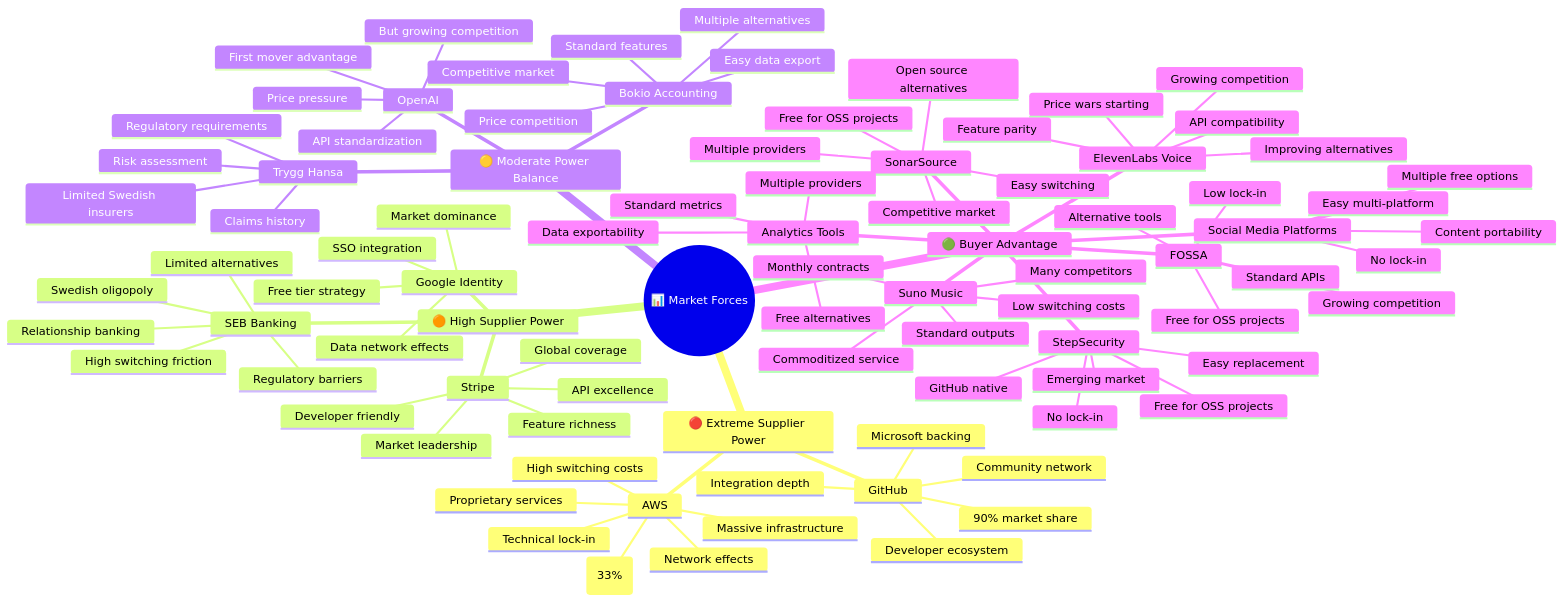
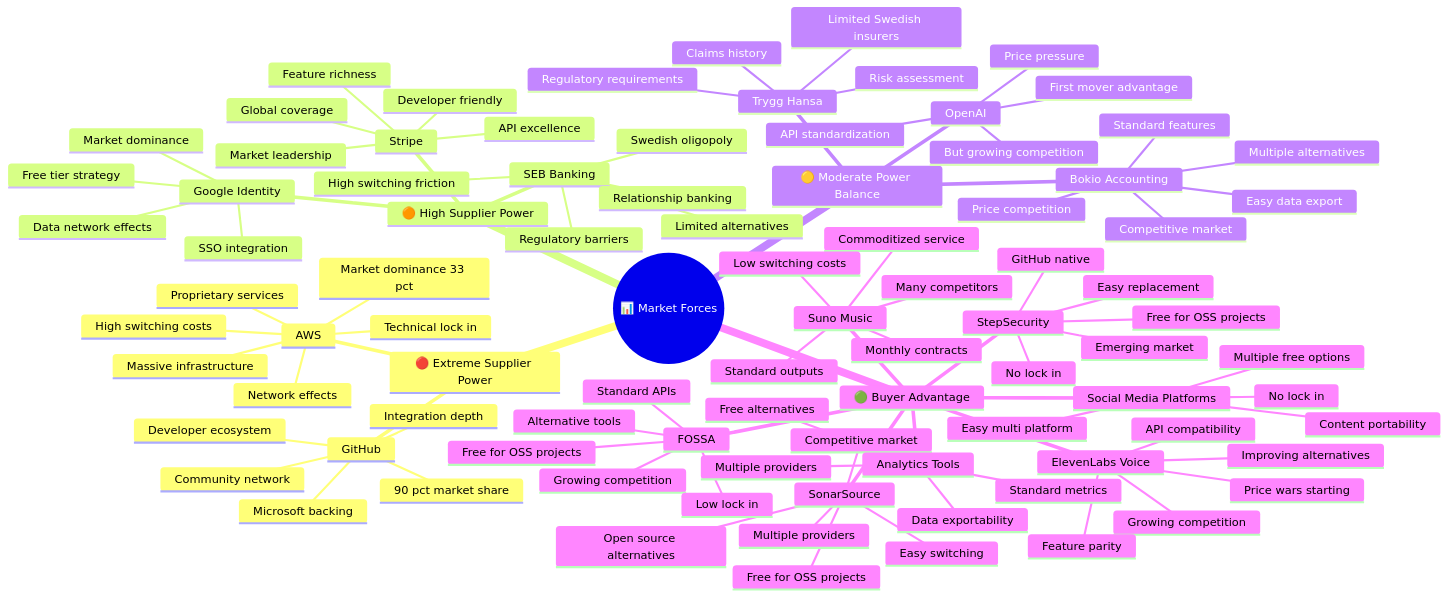
One commit to Hack23/ISMS-PUBLIC changed the third of 5 diagrams in SUPPLIER.md. Above: the diagram before and after it, drawn with Mermaid. The commit also changed other lines of this file and 18 other files, not shown here.

Commit message:
fix broken mermaid

```diff
--- a/SUPPLIER.md
+++ b/SUPPLIER.md
@@ -283,14 +276,14 @@
   root((📊 Market Forces))
     🔴 Extreme Supplier Power
       AWS
-        Market dominance (33%)
+        Market dominance 33 pct
         Massive infrastructure
         High switching costs
-        Technical lock-in
+        Technical lock in
         Proprietary services
         Network effects
       GitHub
-        90% market share
+        90 pct market share
         Microsoft backing
         Developer ecosystem
         Integration depth
@@ -342,13 +335,13 @@
         Growing competition
         Standard APIs
         Alternative tools
-        Low lock-in
+        Low lock in
       StepSecurity
         Free for OSS projects
         Emerging market
         GitHub native
         Easy replacement
-        No lock-in
+        No lock in
       Suno Music
         Commoditized service
         Many competitors
@@ -363,8 +356,8 @@
         Feature parity
       Social Media Platforms
         Multiple free options
-        Easy multi-platform
-        No lock-in
+        Easy multi platform
+        No lock in
         Content portability
       Analytics Tools
         Free alternatives
```
